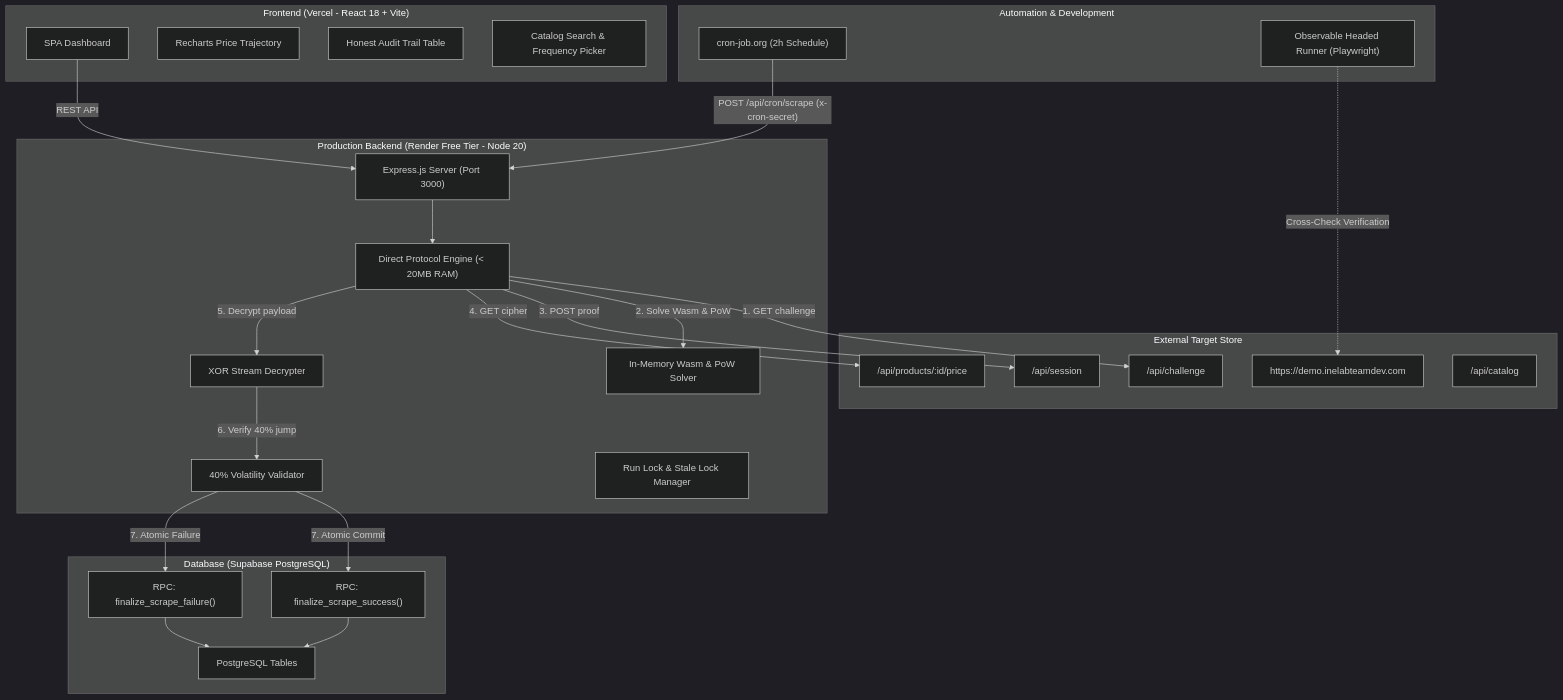
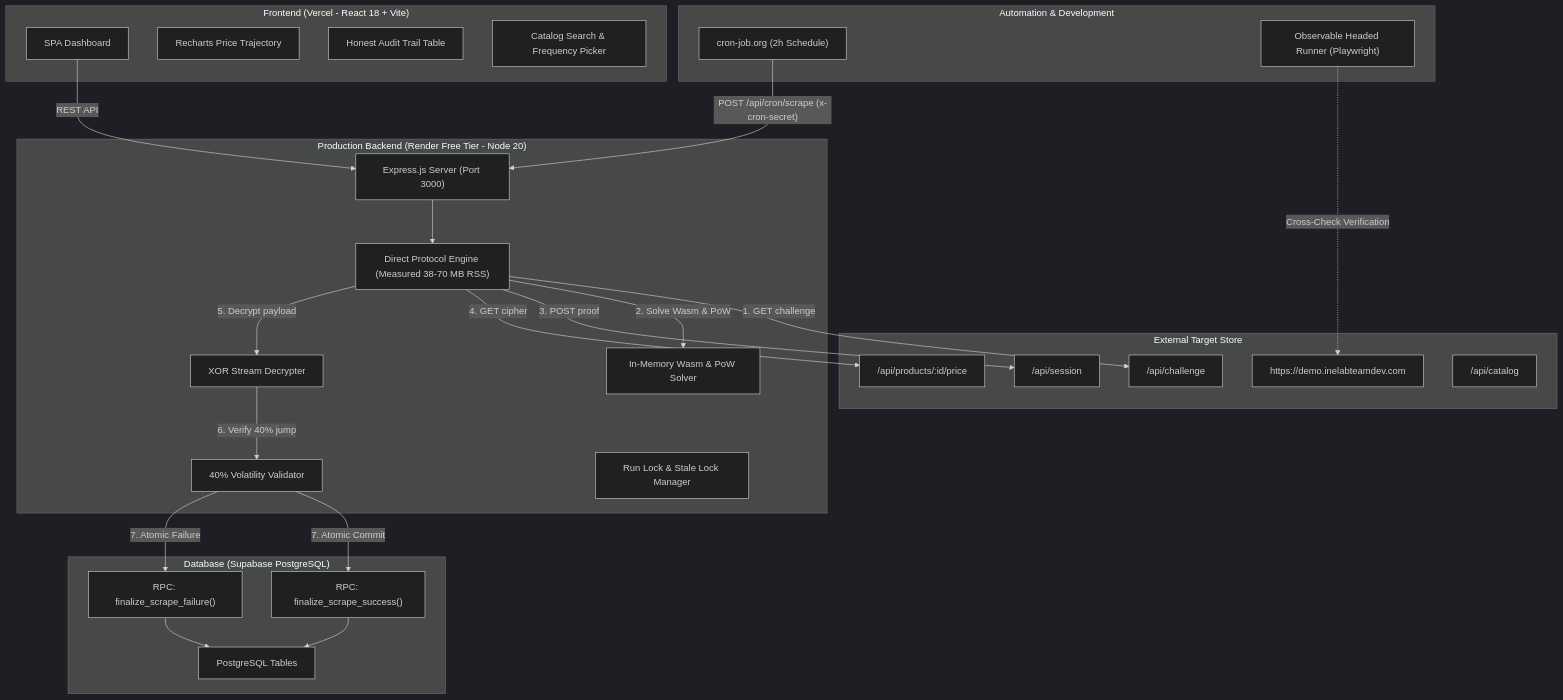
Before and after one commit to divyansh9704/ine-product-price-tracker: the diagram in README.md, drawn with Mermaid (dark theme). The commit also changed other lines of this file and 9 other files, not shown here.

````diff
--- a/README.md
+++ b/README.md
@@ -11,53 +11,53 @@
 ```mermaid
 graph TD
     subgraph "External Target Store"
         Store["https://demo.inelabteamdev.com"]
         StoreChallenge["/api/challenge"]
         StoreSession["/api/session"]
         StorePrice["/api/products/:id/price"]
         StoreCatalog["/api/catalog"]
     end
 
     subgraph "Production Backend (Render Free Tier - Node 20)"
         Express["Express.js Server (Port 3000)"]
-        ScraperCore["Direct Protocol Engine (< 20MB RAM)"]
+        ScraperCore["Direct Protocol Engine (Measured 38-70 MB RSS)"]
         WasmRunner["In-Memory Wasm & PoW Solver"]
         XorDecrypter["XOR Stream Decrypter"]
         JumpValidator["40% Volatility Validator"]
         RunLock["Run Lock & Stale Lock Manager"]
     end
 
     subgraph "Database (Supabase PostgreSQL)"
         Schema["PostgreSQL Tables"]
         RpcSuccess["RPC: finalize_scrape_success()"]
         RpcFailure["RPC: finalize_scrape_failure()"]
     end
 
     subgraph "Frontend (Vercel - React 18 + Vite)"
         Dashboard["SPA Dashboard"]
         Recharts["Recharts Price Trajectory"]
         LogTable["Honest Audit Trail Table"]
         SearchModal["Catalog Search & Frequency Picker"]
     end
 
     subgraph "Automation & Development"
         Cron["cron-job.org (2h Schedule)"]
         PlaywrightHeaded["Observable Headed Runner (Playwright)"]
     end
 
     %% Flow connections
     Cron -->|"POST /api/cron/scrape (x-cron-secret)"| Express
     Express --> ScraperCore
     ScraperCore -->|"1. GET challenge"| StoreChallenge
     ScraperCore -->|"2. Solve Wasm & PoW"| WasmRunner
     ScraperCore -->|"3. POST proof"| StoreSession
     ScraperCore -->|"4. GET cipher"| StorePrice
     ScraperCore -->|"5. Decrypt payload"| XorDecrypter
     XorDecrypter -->|"6. Verify 40% jump"| JumpValidator
     JumpValidator -->|"7. Atomic Commit"| RpcSuccess
     JumpValidator -->|"7. Atomic Failure"| RpcFailure
     RpcSuccess --> Schema
     RpcFailure --> Schema
     Dashboard -->|"REST API"| Express
     PlaywrightHeaded -.->|"Cross-Check Verification"| Store
 ```
````
